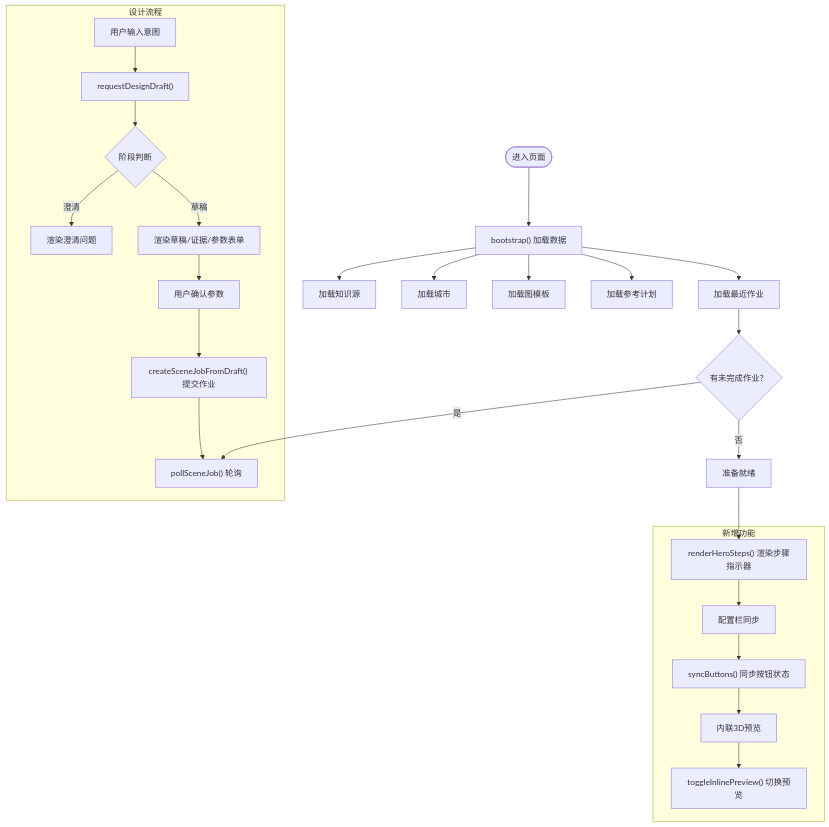
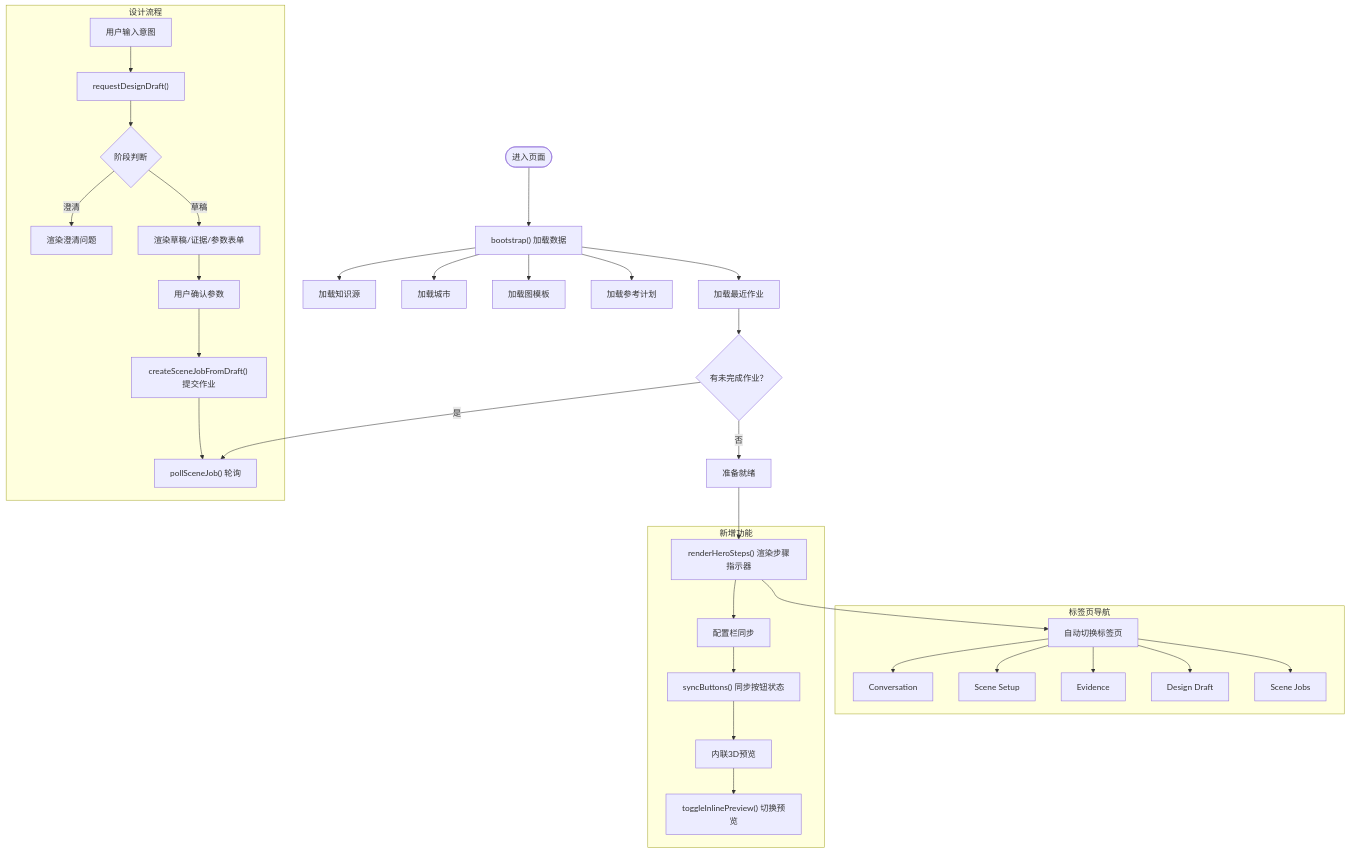
The third of 4 diagrams in .qoder/repowiki/zh/content/Web界面系统/工作台界面/工作台界面.md (wsqstar/RoadGen3D), drawn with Mermaid before and after one commit. The commit also changed other lines of this file and 8 other files, not shown here.

First line of the commit message:
feat(tab-system): integrate conversation and scene jobs tabs into layout

````diff
--- a/.qoder/repowiki/zh/content/Web界面系统/工作台界面/工作台界面.md
+++ b/.qoder/repowiki/zh/content/Web界面系统/工作台界面/工作台界面.md
@@ -177,28 +186,36 @@
 ```mermaid
 flowchart TD
 Start(["进入页面"]) --> Boot["bootstrap() 加载数据"]
 Boot --> LoadKS["加载知识源"]
 Boot --> LoadCities["加载城市"]
 Boot --> LoadTemplates["加载图模板"]
 Boot --> LoadRefs["加载参考计划"]
 Boot --> LoadJobs["加载最近作业"]
 LoadJobs --> HasJob{"有未完成作业？"}
 HasJob --> |是| Poll["pollSceneJob() 轮询"]
 HasJob --> |否| Ready["准备就绪"]
 Ready --> HeroSteps["renderHeroSteps() 渲染步骤指示器"]
+HeroSteps --> AutoTab["自动切换标签页"]
 subgraph "设计流程"
 UInput["用户输入意图"] --> Draft["requestDesignDraft()"]
 Draft --> Stage{"阶段判断"}
 Stage --> |澄清| Clarify["渲染澄清问题"]
 Stage --> |草稿| RenderDraft["渲染草稿/证据/参数表单"]
 RenderDraft --> Confirm["用户确认参数"]
 Confirm --> Submit["createSceneJobFromDraft() 提交作业"]
 Submit --> Poll
 end
+subgraph "标签页导航"
+AutoTab --> Tab1["Conversation"]
+AutoTab --> Tab2["Scene Setup"]
+AutoTab --> Tab3["Evidence"]
+AutoTab --> Tab4["Design Draft"]
+AutoTab --> Tab5["Scene Jobs"]
+end
 subgraph "新增功能"
 HeroSteps --> ConfigBar["配置栏同步"]
 ConfigBar --> SyncBtns["syncButtons() 同步按钮状态"]
 SyncBtns --> InlinePreview["内联3D预览"]
 InlinePreview --> TogglePreview["toggleInlinePreview() 切换预览"]
 end
 ```
````
